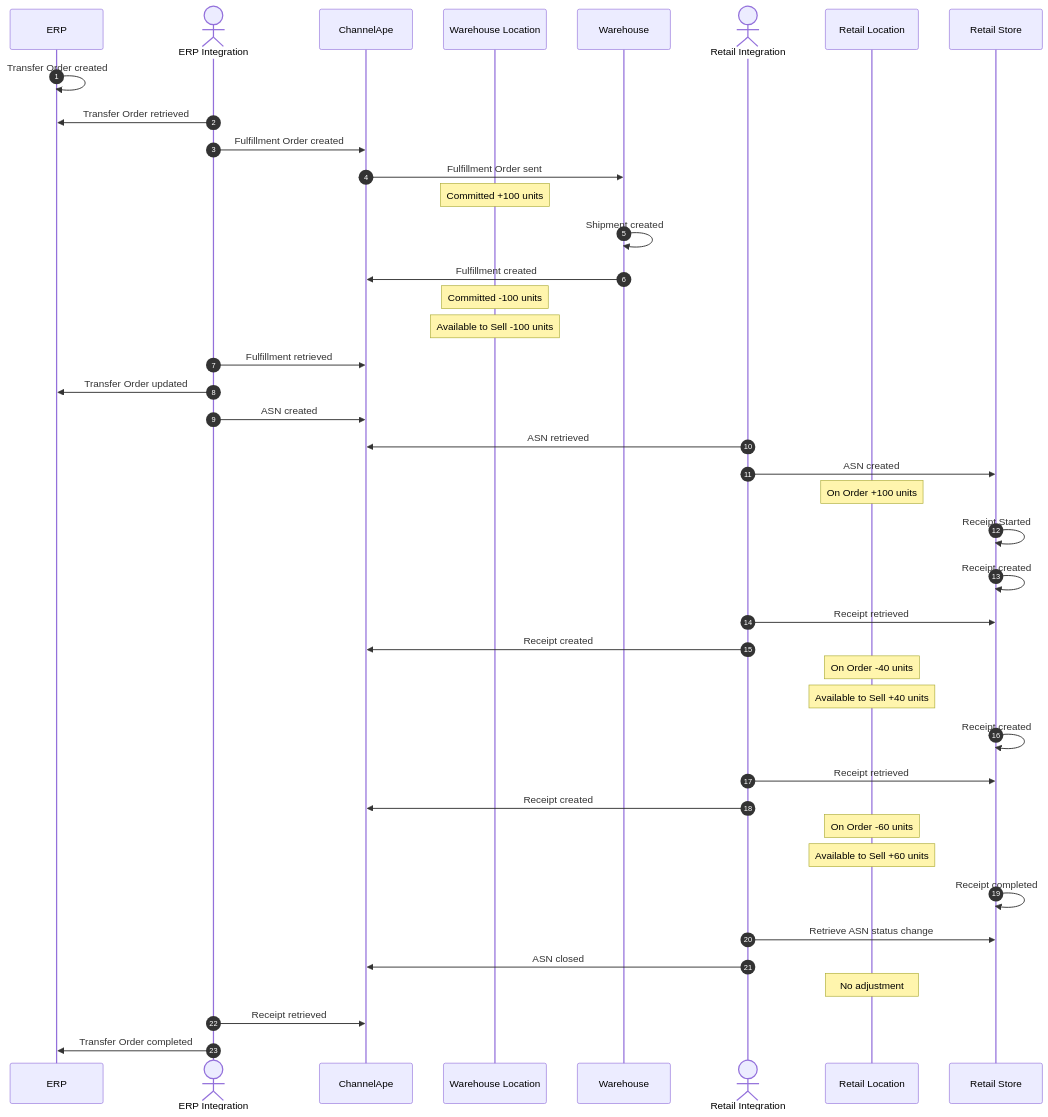
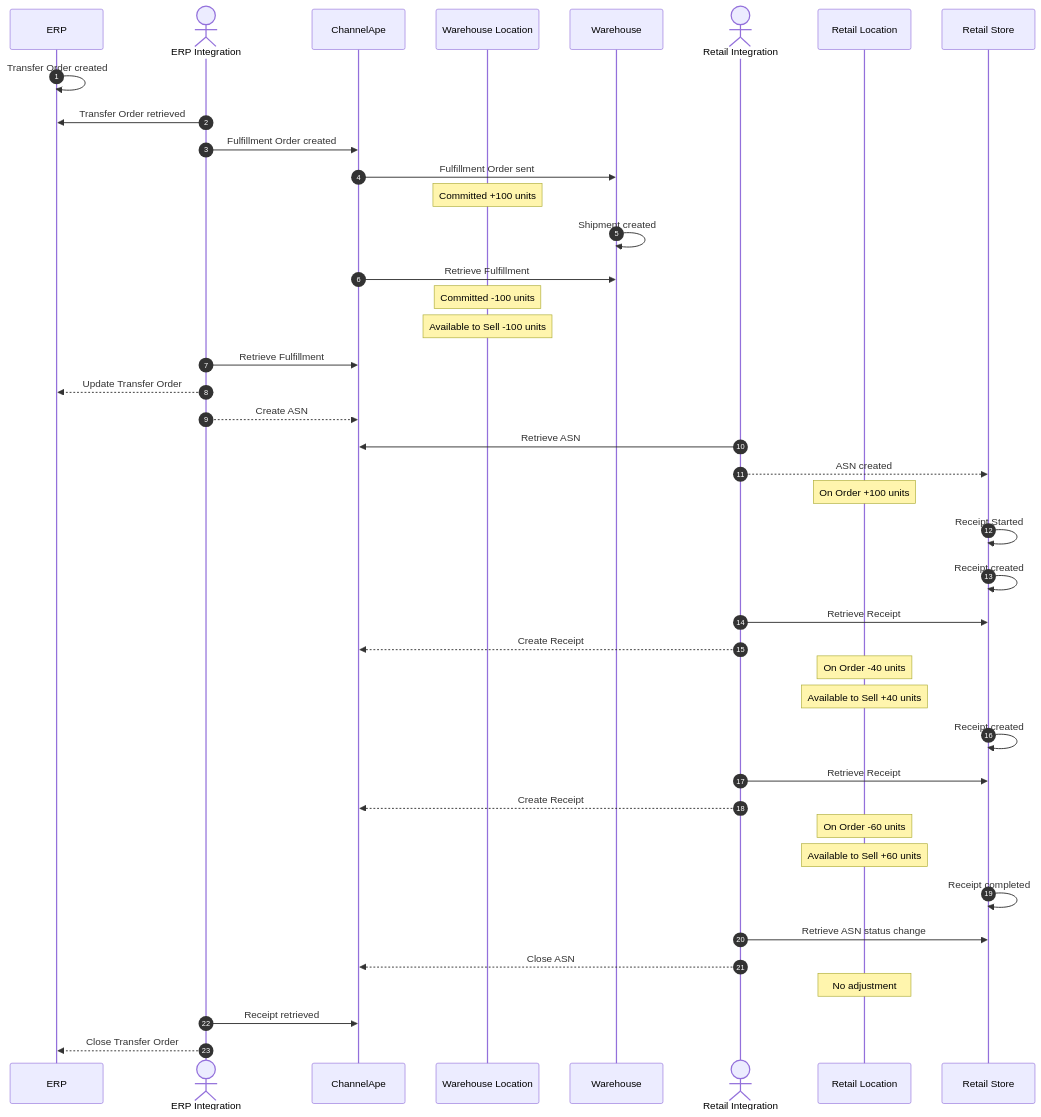
The second of 6 diagrams in data-flows/transfer-orders/README.md (ChannelApe/channelape-docs), drawn with Mermaid before and after one commit. The commit also changed other lines of this file, not shown here.

Commit message:
Emphasized interconnected flows with dotted lines and changed verbiage

````diff
--- a/data-flows/transfer-orders/README.md
+++ b/data-flows/transfer-orders/README.md
@@ -89,57 +89,57 @@
 ```mermaid
 sequenceDiagram
     autonumber
     participant ERP
     actor ERP Integration
     participant ChannelApe
     participant Warehouse Location
     participant Warehouse
     actor Retail Integration
     participant Retail Location
     participant Retail Store
 
     ERP->>ERP: Transfer Order created
 
     ERP Integration->>ERP: Transfer Order retrieved
     ERP Integration->>ChannelApe: Fulfillment Order created
 
     ChannelApe->>Warehouse: Fulfillment Order sent
     note over Warehouse Location: Committed +100 units
     
     Warehouse->>Warehouse: Shipment created
-    Warehouse->>ChannelApe: Fulfillment created
+    ChannelApe->>Warehouse: Retrieve Fulfillment
     note over Warehouse Location: Committed -100 units
     note over Warehouse Location: Available to Sell -100 units
 
-    ERP Integration->>ChannelApe: Fulfillment retrieved
-    ERP Integration->>ERP: Transfer Order updated
-    ERP Integration->>ChannelApe: ASN created
+    ERP Integration->>ChannelApe: Retrieve Fulfillment
+    ERP Integration-->>ERP: Update Transfer Order
+    ERP Integration-->>ChannelApe: Create ASN
     
-    Retail Integration->>ChannelApe: ASN retrieved
-    Retail Integration->>Retail Store: ASN created
+    Retail Integration->>ChannelApe: Retrieve ASN
+    Retail Integration-->>Retail Store: ASN created
     note over Retail Location: On Order +100 units
 
     Retail Store->>Retail Store: Receipt Started
 
     Retail Store->>Retail Store: Receipt created
-    Retail Integration->>Retail Store: Receipt retrieved
-    Retail Integration->>ChannelApe: Receipt created
+    Retail Integration->>Retail Store: Retrieve Receipt
+    Retail Integration-->>ChannelApe: Create Receipt
     note over Retail Location: On Order -40 units
     note over Retail Location: Available to Sell +40 units
 
     Retail Store->>Retail Store: Receipt created
-    Retail Integration->>Retail Store: Receipt retrieved
-    Retail Integration->>ChannelApe: Receipt created
+    Retail Integration->>Retail Store: Retrieve Receipt
+    Retail Integration-->>ChannelApe: Create Receipt
     note over Retail Location: On Order -60 units
     note over Retail Location: Available to Sell +60 units
     
     Retail Store->>Retail Store: Receipt completed
 
     Retail Integration->>Retail Store: Retrieve ASN status change
-    Retail Integration->>ChannelApe: ASN closed
+    Retail Integration-->>ChannelApe: Close ASN
     note over Retail Location: No adjustment
 
     ERP Integration->>ChannelApe: Receipt retrieved
 
-    ERP Integration->>ERP: Transfer Order completed
+    ERP Integration-->>ERP: Close Transfer Order
 ```
````
